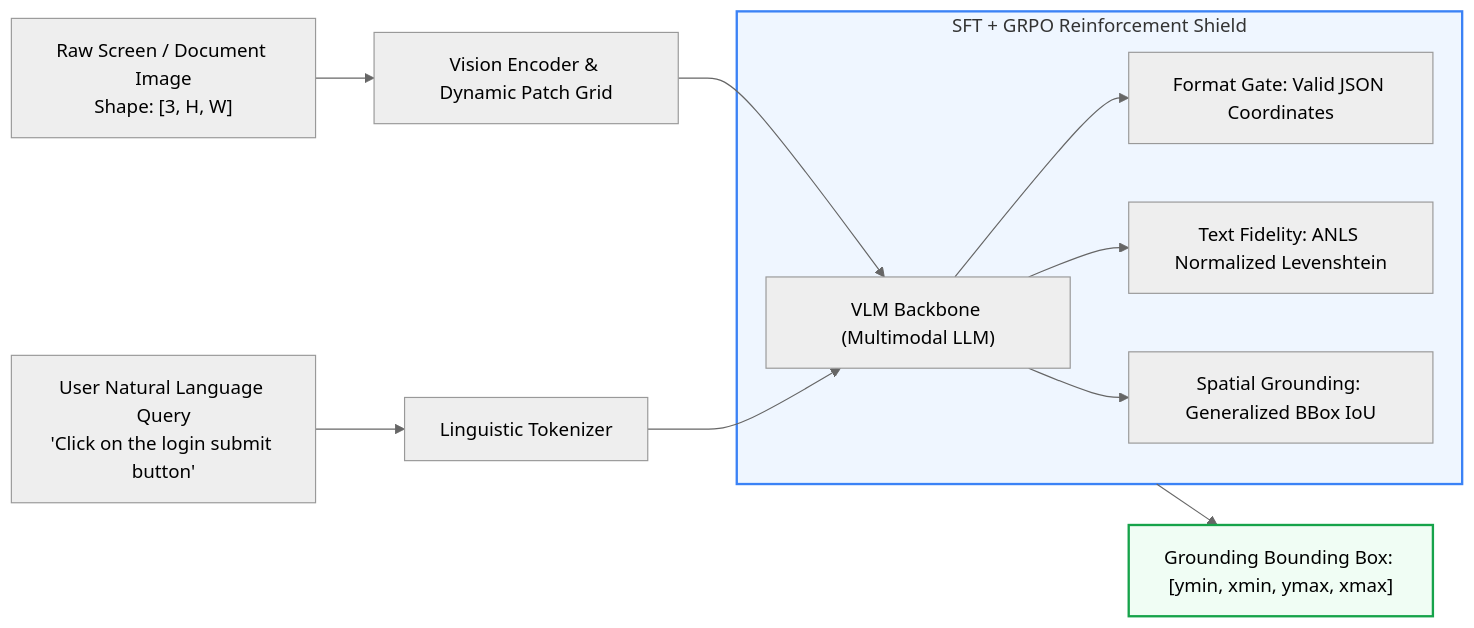
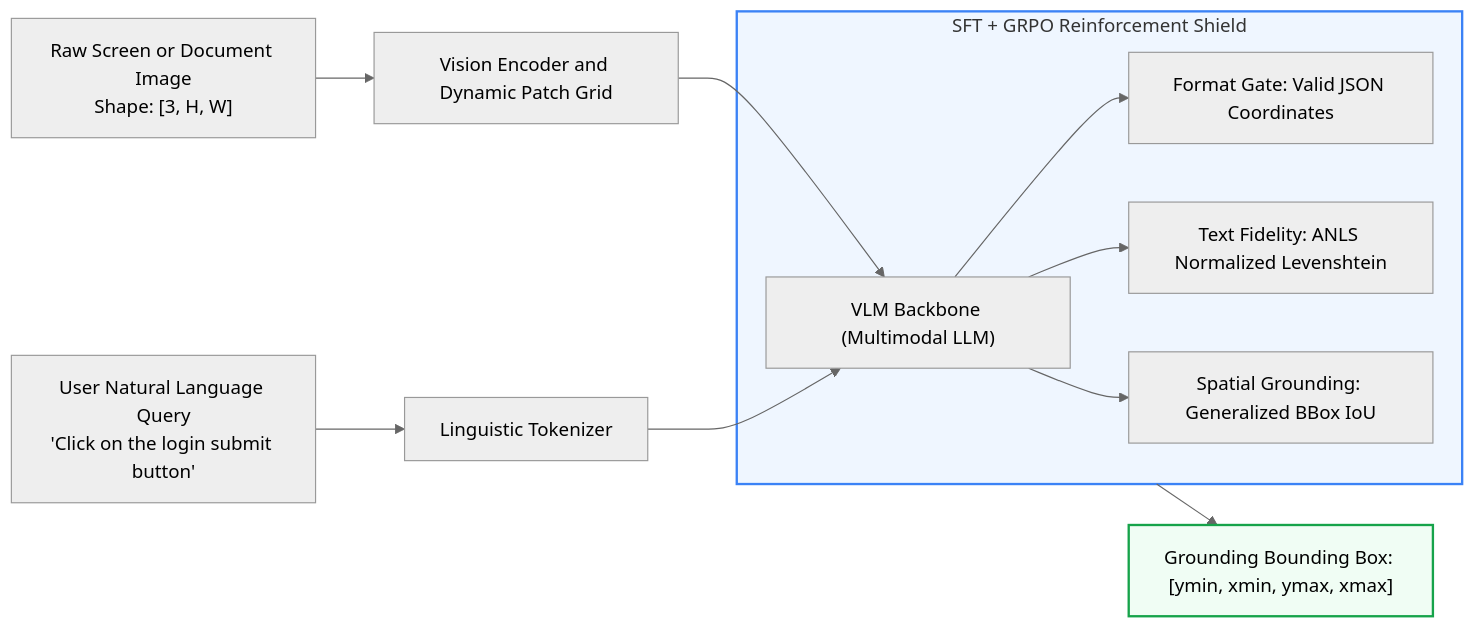
The diagram in README.md (Keshavj-13/vision-language-gui-grounding), drawn with Mermaid (neutral theme) before and after one commit. The commit also changed other lines of this file and 6 other files, not shown here.

````diff
--- a/README.md
+++ b/README.md
@@ -14,18 +14,18 @@
 ```mermaid
 flowchart LR
-    Screen["Raw Screen / Document Image<br/>Shape: [3, H, W]"] --> PatchGrid["Vision Encoder & Dynamic Patch Grid"]
+    Screen["Raw Screen or Document Image<br/>Shape: [3, H, W]"] --> PatchGrid["Vision Encoder and Dynamic Patch Grid"]
     Query["User Natural Language Query<br/>'Click on the login submit button'"] --> Tokenizer["Linguistic Tokenizer"]
     
     PatchGrid & Tokenizer --> VLM["VLM Backbone (Multimodal LLM)"]
     
     subgraph DualObjective ["SFT + GRPO Reinforcement Shield"]
         VLM --> FormatReward["Format Gate: Valid JSON Coordinates"]
         VLM --> TextReward["Text Fidelity: ANLS Normalized Levenshtein"]
         VLM --> IoUReward["Spatial Grounding: Generalized BBox IoU"]
     end
     
     DualObjective --> Action["Grounding Bounding Box: [ymin, xmin, ymax, xmax]"]
     
     style DualObjective fill:#eff6ff,stroke:#3b82f6,stroke-width:2px
     style Action fill:#f0fdf4,stroke:#16a34a,stroke-width:2px
 ```
````
